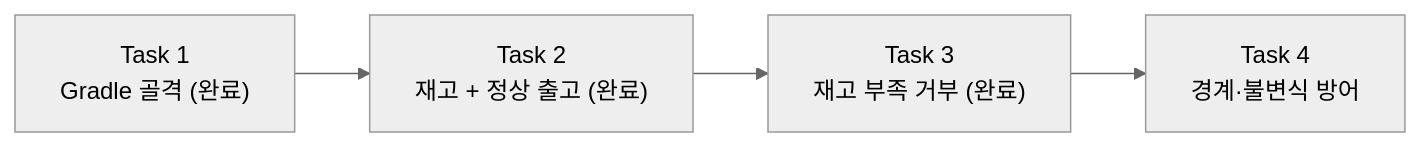
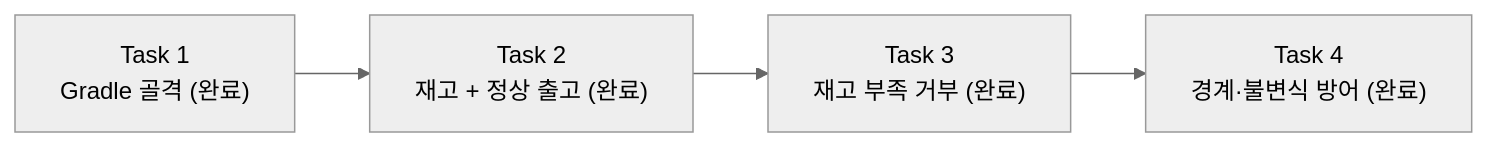
One commit to JuJin1324/assignment-inventory-management changed the diagram in docs/epics/outbound/3-plan/story1/tasks.md. Above: the diagram before and after it, drawn with Mermaid (neutral theme). The commit also changed other lines of this file and 4 other files, not shown here.

First line of the commit message:
feat(outbound): Story 1 Task 4 — 경계·불변식 방어

````diff
--- a/docs/epics/outbound/3-plan/story1/tasks.md
+++ b/docs/epics/outbound/3-plan/story1/tasks.md
@@ -7,8 +7,8 @@
 ```mermaid
 graph LR
     T1["Task 1<br/>Gradle 골격 (완료)"]
     T2["Task 2<br/>재고 + 정상 출고 (완료)"]
     T3["Task 3<br/>재고 부족 거부 (완료)"]
-    T4["Task 4<br/>경계·불변식 방어"]
+    T4["Task 4<br/>경계·불변식 방어 (완료)"]
     T1 --> T2 --> T3 --> T4
 ```
````
